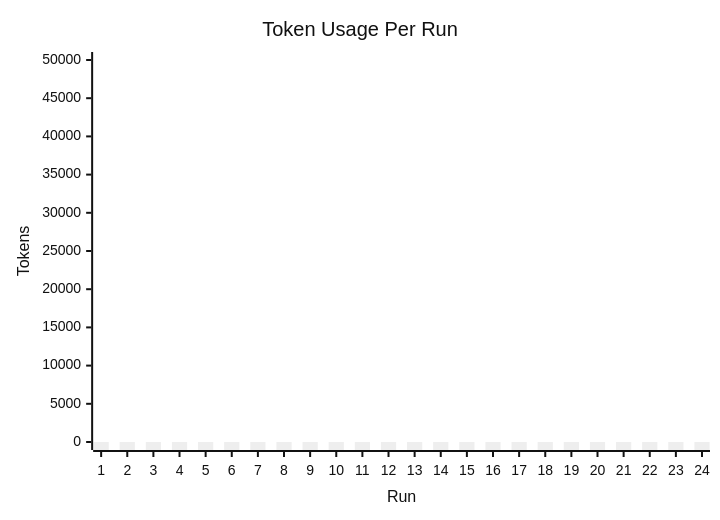
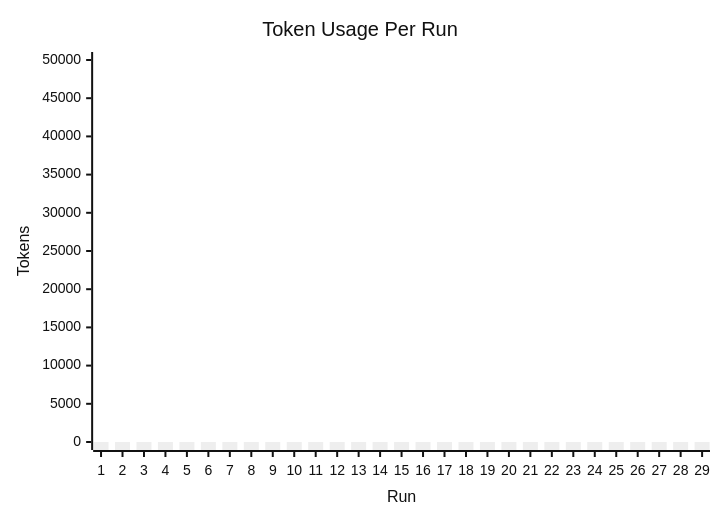
One commit to Jit-Paul-2008/Hexamind changed the second of 2 diagrams in reports-versioned/aggregated/run-results-dashboard.md. Above: the diagram before and after it, drawn with Mermaid (neutral theme). The commit also changed other lines of this file and 66 other files, not shown here.

````diff
--- a/reports-versioned/aggregated/run-results-dashboard.md
+++ b/reports-versioned/aggregated/run-results-dashboard.md
@@ -23,7 +23,7 @@
 ```mermaid
 xychart-beta
     title "Token Usage Per Run"
-    x-axis "Run" [1, 2, 3, 4, 5, 6, 7, 8, 9, 10, 11, 12, 13, 14, 15, 16, 17, 18, 19, 20, 21, 22, 23, 24]
+    x-axis "Run" [1, 2, 3, 4, 5, 6, 7, 8, 9, 10, 11, 12, 13, 14, 15, 16, 17, 18, 19, 20, 21, 22, 23, 24, 25, 26, 27, 28, 29]
     y-axis "Tokens" 0 --> 50000
-    bar "TokensUsed" [0, 0, 0, 0, 0, 0, 0, 0, 0, 0, 0, 0, 0, 0, 0, 0, 0, 0, 0, 0, 0, 0, 0, 0]
+    bar "TokensUsed" [0, 0, 0, 0, 0, 0, 0, 0, 0, 0, 0, 0, 0, 0, 0, 0, 0, 0, 0, 0, 0, 0, 0, 0, 0, 0, 0, 0, 0]
 ```
````
